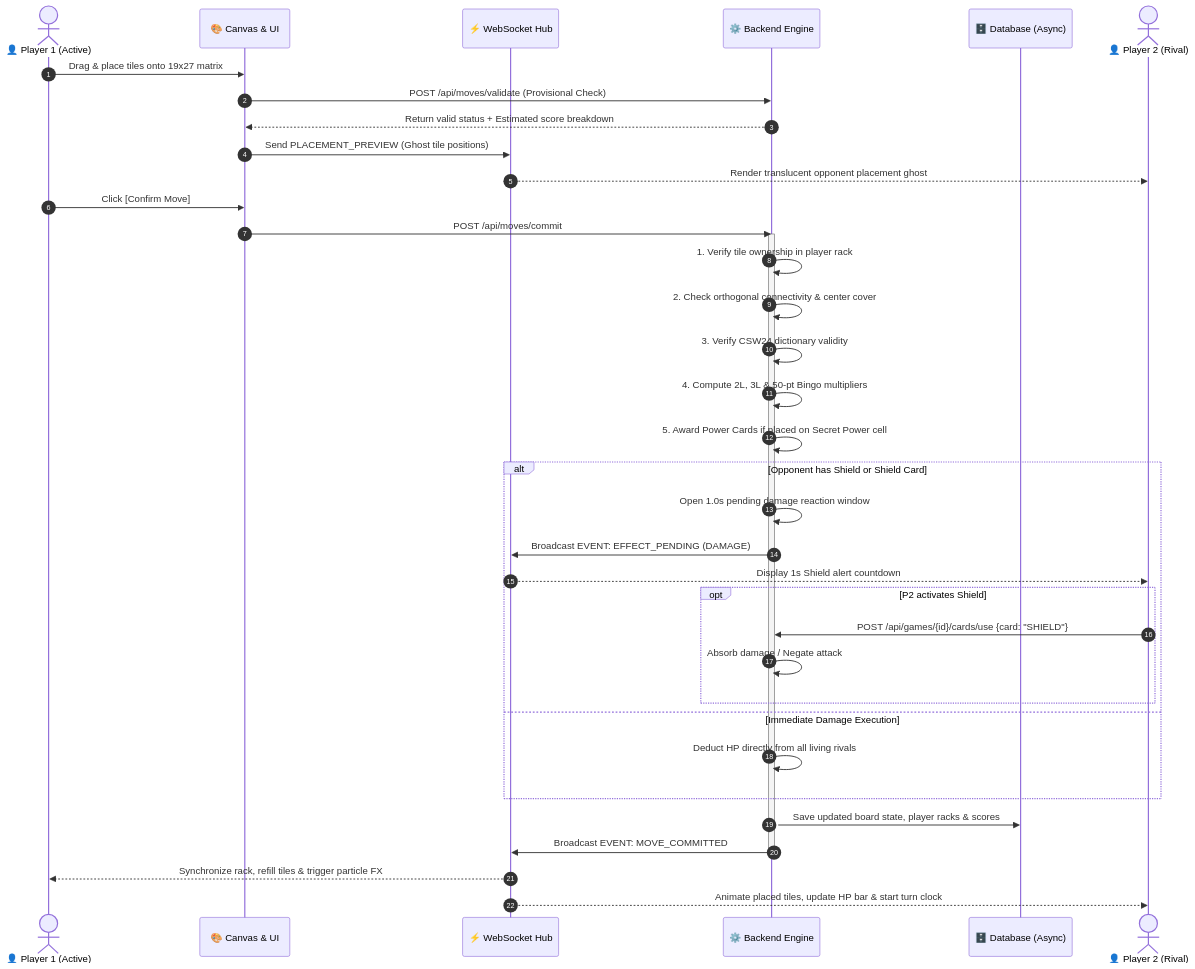
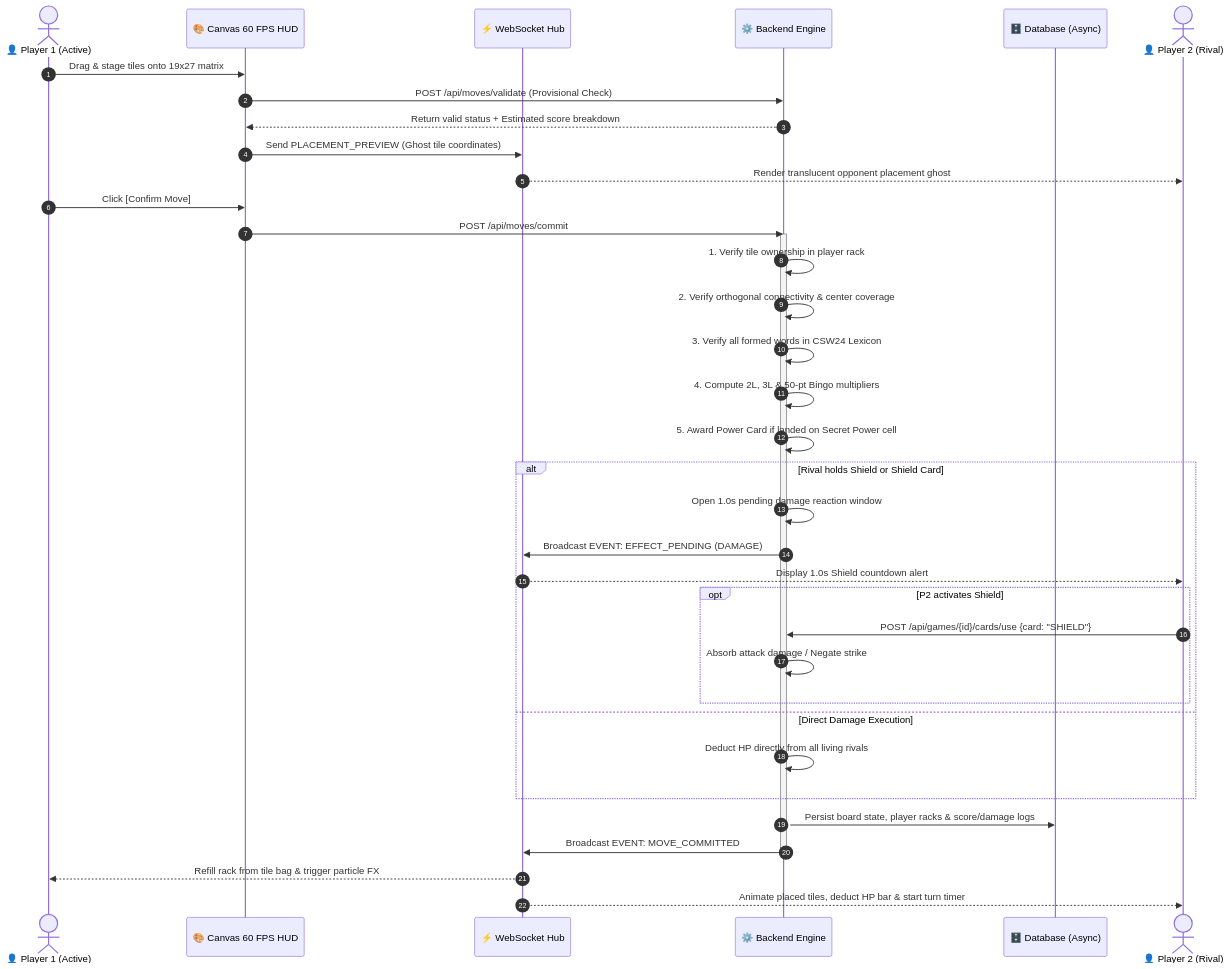
One commit to Cell1991/crossword-game changed the second of 4 diagrams in README.md. Above: the diagram before and after it, drawn with Mermaid. The commit also changed other lines of this file and 1 other file, not shown here.

````diff
--- a/README.md
+++ b/README.md
@@ -216,44 +250,44 @@
 ```mermaid
 sequenceDiagram
     autonumber
     actor P1 as 👤 Player 1 (Active)
-    participant Canvas as 🎨 Canvas & UI
+    participant Canvas as 🎨 Canvas 60 FPS HUD
     participant WS as ⚡ WebSocket Hub
     participant Engine as ⚙️ Backend Engine
     participant DB as 🗄️ Database (Async)
     actor P2 as 👤 Player 2 (Rival)
 
-    P1->>Canvas: Drag & place tiles onto 19x27 matrix
+    P1->>Canvas: Drag & stage tiles onto 19x27 matrix
     Canvas->>Engine: POST /api/moves/validate (Provisional Check)
     Engine-->>Canvas: Return valid status + Estimated score breakdown
-    Canvas->>WS: Send PLACEMENT_PREVIEW (Ghost tile positions)
+    Canvas->>WS: Send PLACEMENT_PREVIEW (Ghost tile coordinates)
     WS-->>P2: Render translucent opponent placement ghost
 
     P1->>Canvas: Click [Confirm Move]
     Canvas->>Engine: POST /api/moves/commit
     activate Engine
     Engine->>Engine: 1. Verify tile ownership in player rack
-    Engine->>Engine: 2. Check orthogonal connectivity & center cover
-    Engine->>Engine: 3. Verify CSW24 dictionary validity
+    Engine->>Engine: 2. Verify orthogonal connectivity & center coverage
+    Engine->>Engine: 3. Verify all formed words in CSW24 Lexicon
     Engine->>Engine: 4. Compute 2L, 3L & 50-pt Bingo multipliers
-    Engine->>Engine: 5. Award Power Cards if placed on Secret Power cell
+    Engine->>Engine: 5. Award Power Card if landed on Secret Power cell
     
-    alt Opponent has Shield or Shield Card
+    alt Rival holds Shield or Shield Card
         Engine->>Engine: Open 1.0s pending damage reaction window
         Engine->>WS: Broadcast EVENT: EFFECT_PENDING (DAMAGE)
-        WS-->>P2: Display 1s Shield alert countdown
+        WS-->>P2: Display 1.0s Shield countdown alert
         opt P2 activates Shield
             P2->>Engine: POST /api/games/{id}/cards/use {card: "SHIELD"}
-            Engine->>Engine: Absorb damage / Negate attack
+            Engine->>Engine: Absorb attack damage / Negate strike
         end
-    else Immediate Damage Execution
+    else Direct Damage Execution
         Engine->>Engine: Deduct HP directly from all living rivals
     end
 
-    Engine->>DB: Save updated board state, player racks & scores
+    Engine->>DB: Persist board state, player racks & score/damage logs
     Engine->>WS: Broadcast EVENT: MOVE_COMMITTED
     deactivate Engine
 
-    WS-->>P1: Synchronize rack, refill tiles & trigger particle FX
-    WS-->>P2: Animate placed tiles, update HP bar & start turn clock
+    WS-->>P1: Refill rack from tile bag & trigger particle FX
+    WS-->>P2: Animate placed tiles, deduct HP bar & start turn timer
 ```
````
